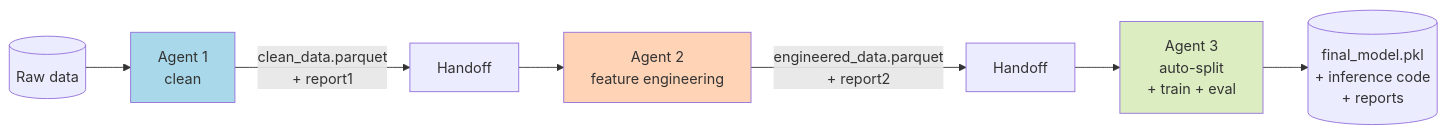
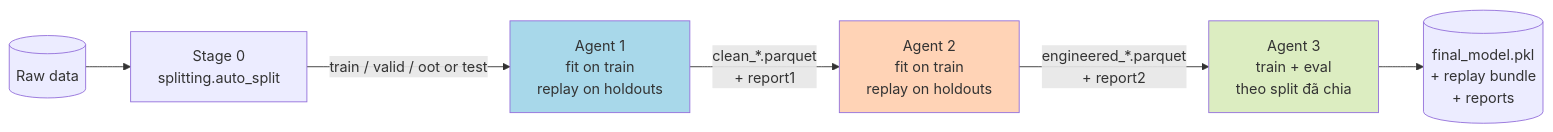
The fourth of 26 diagrams in docs/architecture.md (baongoc83/Multi-Agent-Auto-ML_NB), drawn with Mermaid before and after one commit. The commit also changed other lines of this file and 35 other files, not shown here.

````diff
--- a/docs/architecture.md
+++ b/docs/architecture.md
@@ -135,13 +135,12 @@
 ```mermaid
 flowchart LR
-    Raw[(Raw data)] --> A1
-    A1[Agent 1<br/>clean] -->|clean_data.parquet<br/>+ report1| HO1[Handoff]
-    HO1 --> A2[Agent 2<br/>feature engineering]
-    A2 -->|engineered_data.parquet<br/>+ report2| HO2[Handoff]
-    HO2 --> A3[Agent 3<br/>auto-split<br/>+ train + eval]
-    A3 --> Outs[(final_model.pkl<br/>+ inference code<br/>+ reports)]
+    Raw[(Raw data)] --> SP[Stage 0<br/>splitting.auto_split]
+    SP -->|"train / valid / oot or test"| A1
+    A1[Agent 1<br/>fit on train<br/>replay on holdouts] -->|clean_*.parquet<br/>+ report1| A2
+    A2[Agent 2<br/>fit on train<br/>replay on holdouts] -->|engineered_*.parquet<br/>+ report2| A3
+    A3[Agent 3<br/>train + eval<br/>theo split đã chia] --> Outs[(final_model.pkl<br/>+ replay bundle<br/>+ reports)]
 
     style A1 fill:#a8d8ea
     style A2 fill:#ffd3b6
     style A3 fill:#dcedc1
 ```
````
